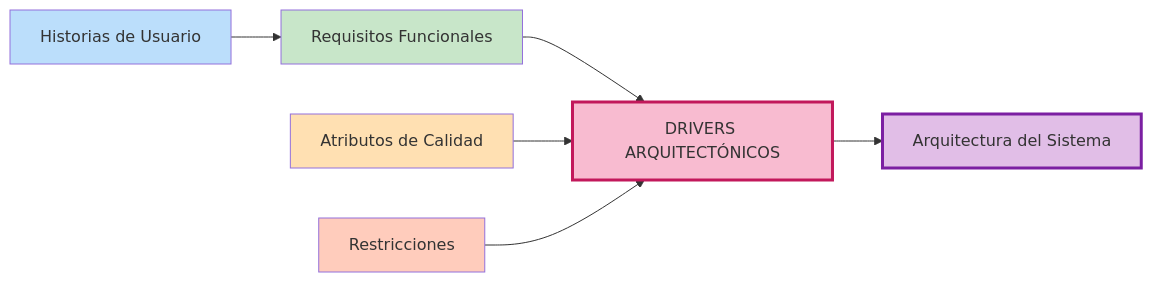
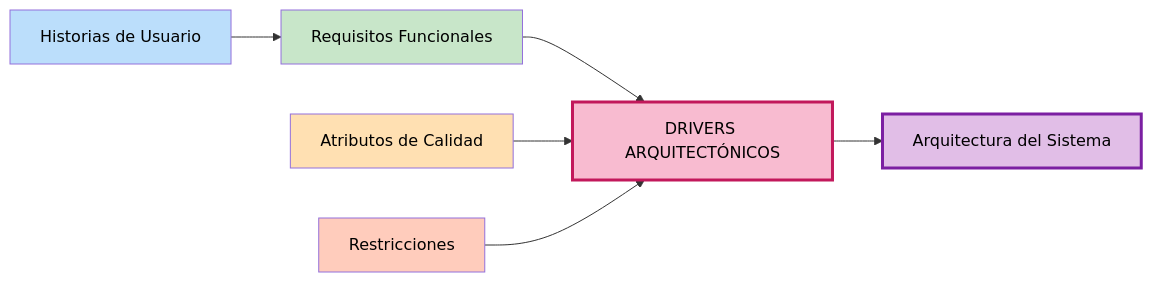
One commit to Henrixfs/Marketplace-arquitSoft-02 changed the diagram in analisis-de-sistema/06-driver-arquitectonicos.md. Above: the diagram before and after it, drawn with Mermaid. The commit also changed other lines of this file, not shown here.

Commit message:
docs: actualizar drivers con letras negras en diagrama

````diff
--- a/analisis-de-sistema/06-driver-arquitectonicos.md
+++ b/analisis-de-sistema/06-driver-arquitectonicos.md
@@ -232,25 +232,25 @@
 ```mermaid
 flowchart LR
     HU["Historias de Usuario"]
     RF["Requisitos Funcionales"]
     AC["Atributos de Calidad"]
     RC["Restricciones"]
     
     DA["DRIVERS ARQUITECTÓNICOS"]
     
     ARQ["Arquitectura del Sistema"]
-
+ 
     HU --> RF
     RF --> DA
     AC --> DA
     RC --> DA
     
     DA --> ARQ
-
-    style HU fill:#bbdefb
-    style RF fill:#c8e6c9
-    style AC fill:#ffe0b2
-    style RC fill:#ffccbc
-    style DA fill:#f8bbd0,stroke:#c2185b,stroke-width:3px
-    style ARQ fill:#e1bee7,stroke:#7b1fa2,stroke-width:3px
+ 
+    style HU fill:#bbdefb,color:#000
+    style RF fill:#c8e6c9,color:#000
+    style AC fill:#ffe0b2,color:#000
+    style RC fill:#ffccbc,color:#000
+    style DA fill:#f8bbd0,stroke:#c2185b,stroke-width:3px,color:#000
+    style ARQ fill:#e1bee7,stroke:#7b1fa2,stroke-width:3px,color:#000
 ```
````
